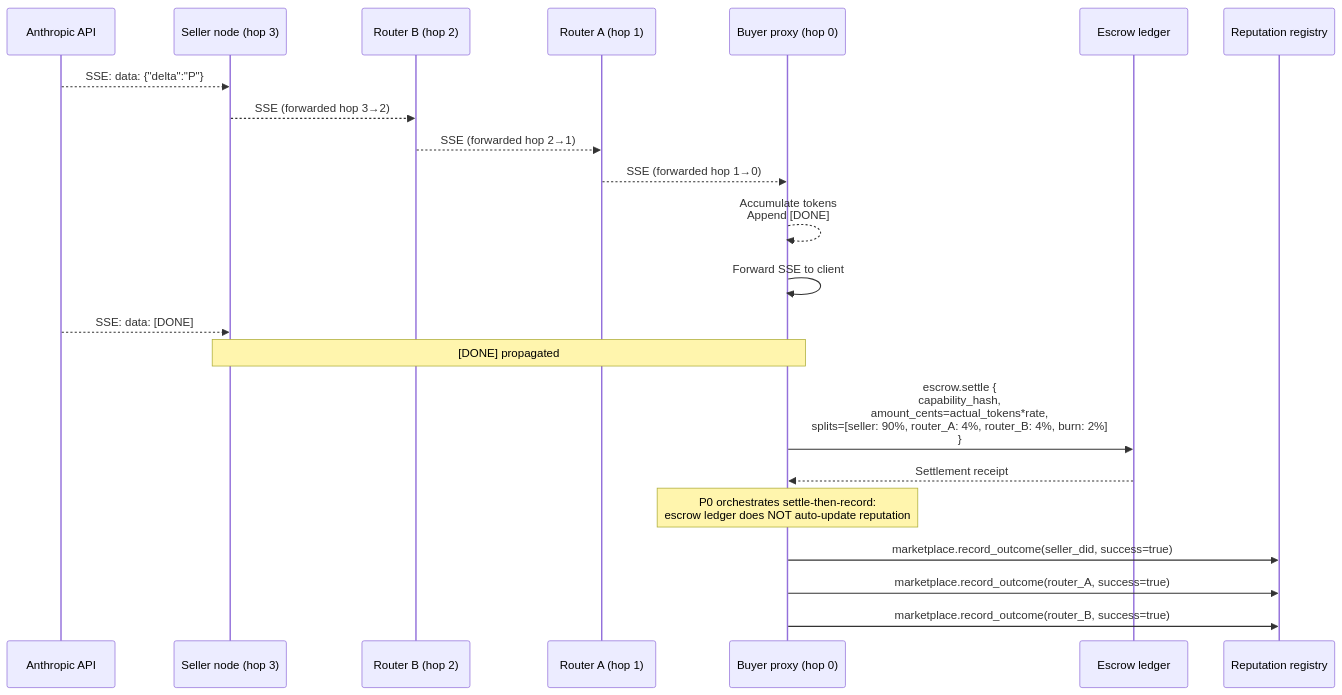
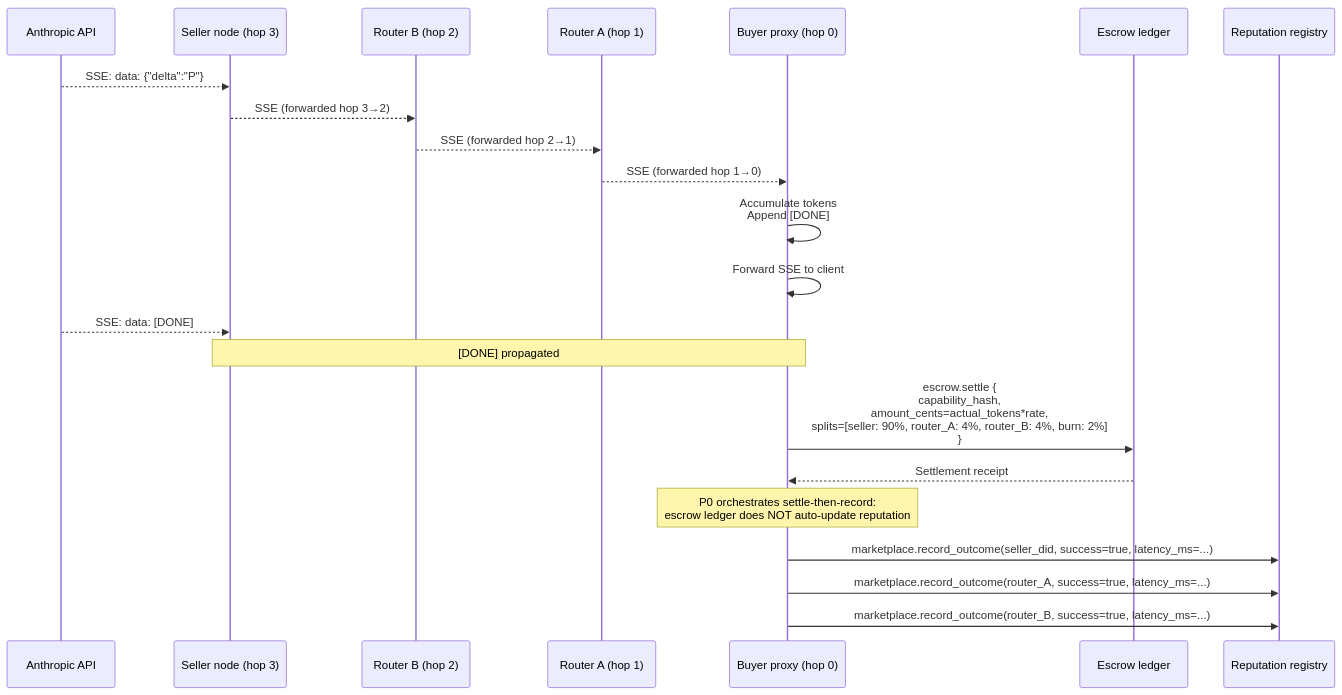
Before and after one commit to CipherOcto/cipherocto: the tenth of 14 diagrams in docs/architecture/end-to-end-scenarios.md, drawn with Mermaid. The commit also changed other lines of this file, not shown here.

````diff
--- a/docs/architecture/end-to-end-scenarios.md
+++ b/docs/architecture/end-to-end-scenarios.md
@@ -432,27 +432,27 @@
 ```mermaid
 sequenceDiagram
     participant ANT as Anthropic API
     participant SN as Seller node (hop 3)
     participant P2 as Router B (hop 2)
     participant P1 as Router A (hop 1)
     participant P0 as Buyer proxy (hop 0)
     participant E as Escrow ledger
     participant RR as Reputation registry
 
     ANT-->>SN: SSE: data: {"delta":"P"}
     SN-->>P2: SSE (forwarded hop 3→2)
     P2-->>P1: SSE (forwarded hop 2→1)
     P1-->>P0: SSE (forwarded hop 1→0)
-    P0-->>P0: Accumulate tokens<br/>Append [DONE]
+    P0->>P0: Accumulate tokens<br/>Append [DONE]
     P0->>P0: Forward SSE to client
 
     ANT-->>SN: SSE: data: [DONE]
     Note over SN,P0: [DONE] propagated
 
     P0->>E: escrow.settle {<br/>  capability_hash,<br/>  amount_cents=actual_tokens*rate,<br/>  splits=[seller: 90%, router_A: 4%, router_B: 4%, burn: 2%]<br/>}
     E-->>P0: Settlement receipt
     Note over P0: P0 orchestrates settle-then-record:<br/>escrow ledger does NOT auto-update reputation
-    P0->>RR: marketplace.record_outcome(seller_did, success=true)
-    P0->>RR: marketplace.record_outcome(router_A, success=true)
-    P0->>RR: marketplace.record_outcome(router_B, success=true)
+    P0->>RR: marketplace.record_outcome(seller_did, success=true, latency_ms=...)
+    P0->>RR: marketplace.record_outcome(router_A, success=true, latency_ms=...)
+    P0->>RR: marketplace.record_outcome(router_B, success=true, latency_ms=...)
 ```
````
